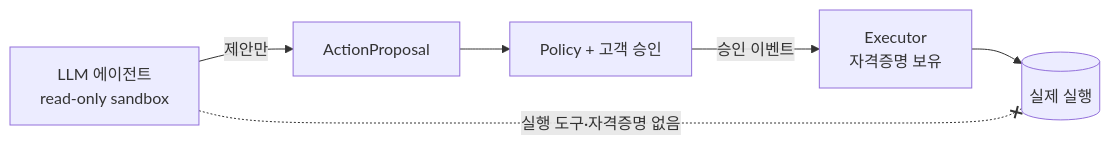
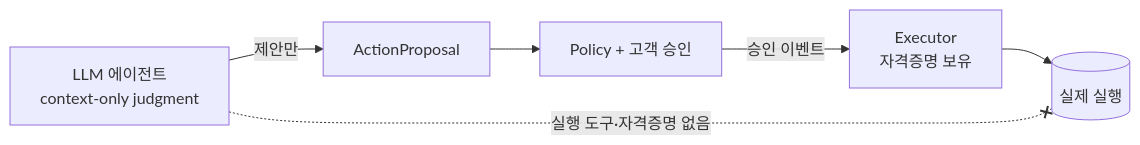
The first of 2 diagrams in docs/10_SECURITY_PRIVACY.md (YoonMin02/JB-WM-backend), drawn with Mermaid before and after one commit. The commit also changed other lines of this file and 52 other files, not shown here.

````diff
--- a/docs/10_SECURITY_PRIVACY.md
+++ b/docs/10_SECURITY_PRIVACY.md
@@ -9,8 +9,8 @@
 ```mermaid
 flowchart LR
-    R[LLM 에이전트<br/>read-only sandbox] -->|제안만| P[ActionProposal]
+    R[LLM 에이전트<br/>context-only judgment] -->|제안만| P[ActionProposal]
     P --> POL[Policy + 고객 승인]
     POL -->|승인 이벤트| EX[Executor<br/>자격증명 보유]
     EX --> X[(실제 실행)]
     R -. 실행 도구·자격증명 없음 .-x X
 ```
````
